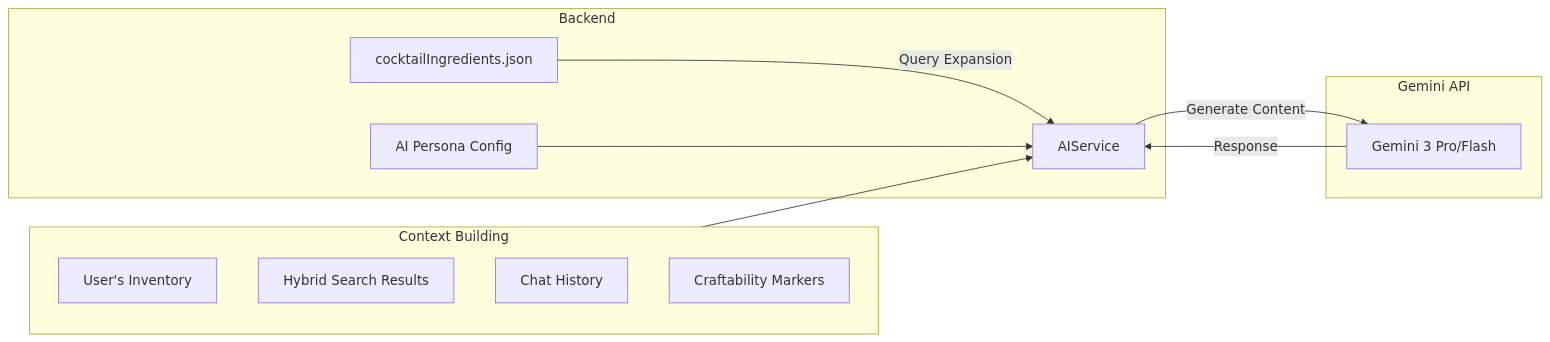
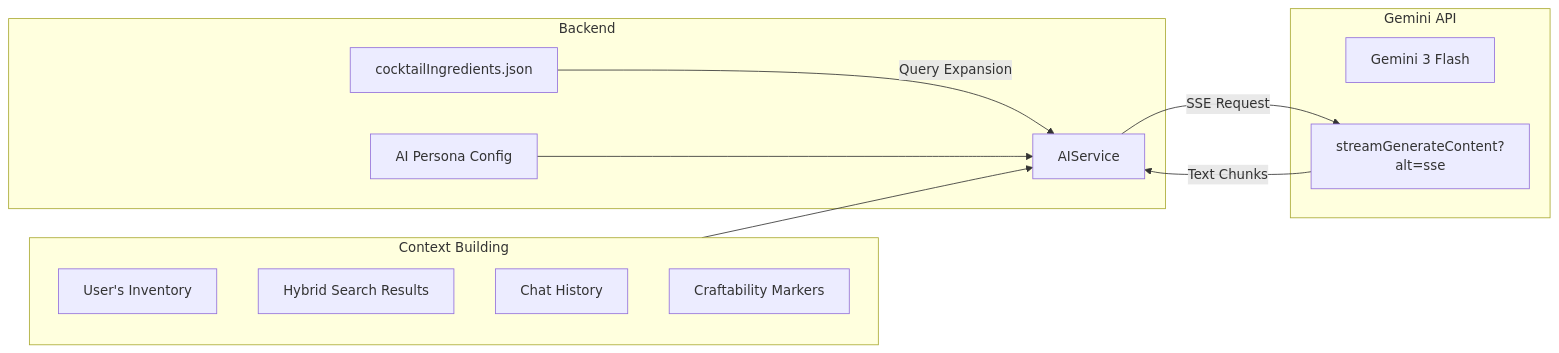
Before and after one commit to JLawMcGraw/alchemix: diagram 11 of 12 in Documentation/ARCHITECTURE.md, drawn with Mermaid. The commit also changed other lines of this file and 16 other files, not shown here.

````diff
--- a/Documentation/ARCHITECTURE.md
+++ b/Documentation/ARCHITECTURE.md
@@ -743,25 +750,26 @@
 ```mermaid
 graph LR
     subgraph Backend
         AIService[AIService]
         Persona[AI Persona Config]
         CocktailData[cocktailIngredients.json]
     end
 
     subgraph GeminiAPI["Gemini API"]
-        Models[Gemini 3 Pro/Flash]
+        Models[Gemini 3 Flash]
+        Stream[streamGenerateContent?alt=sse]
     end
 
     subgraph Context["Context Building"]
         Inventory[User's Inventory]
         SearchResults[Hybrid Search Results]
         History[Chat History]
         Markers[Craftability Markers]
     end
 
     CocktailData -->|Query Expansion| AIService
     Context --> AIService
     Persona --> AIService
-    AIService -->|Generate Content| Models
-    Models -->|Response| AIService
+    AIService -->|SSE Request| Stream
+    Stream -->|Text Chunks| AIService
 ```
````
